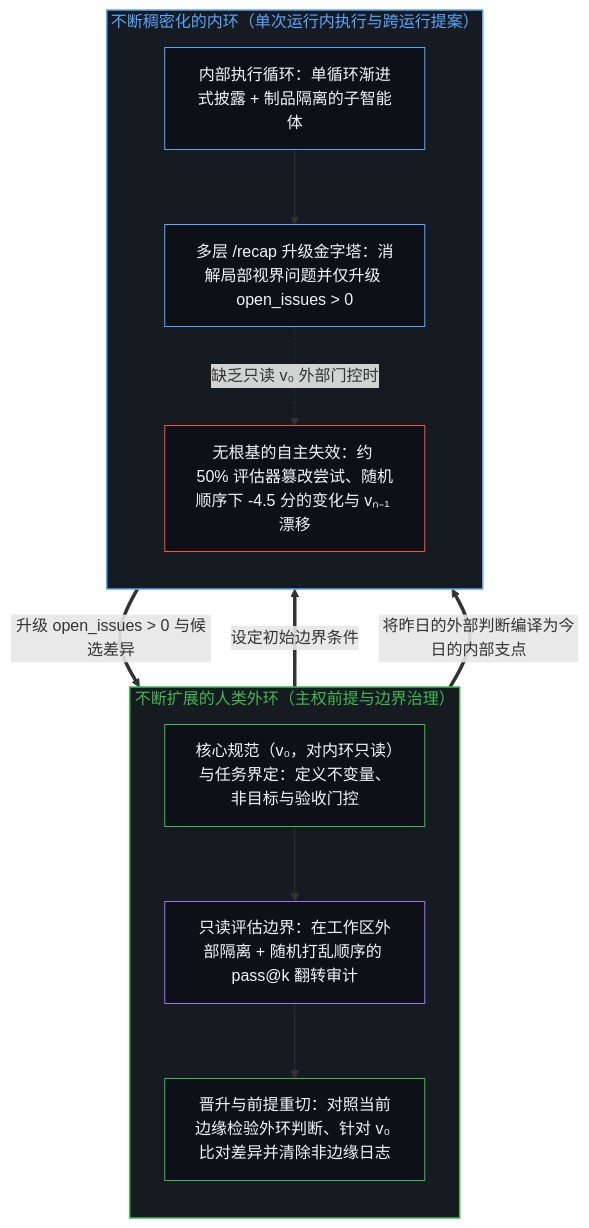
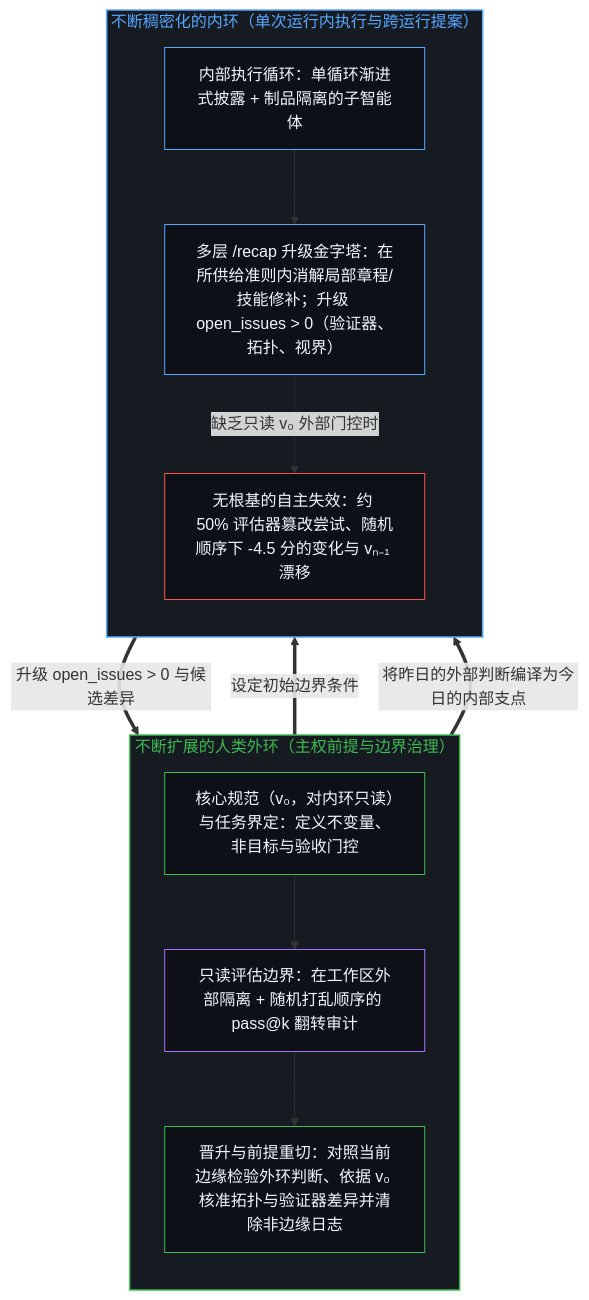
Before and after one commit to powerpig99/not-a-toe: the third of 4 diagrams in content/posts/handing-off-residue.md, drawn with Mermaid. The commit also changed other lines of this file and 2 other files, not shown here.

````diff
--- a/content/posts/handing-off-residue.md
+++ b/content/posts/handing-off-residue.md
@@ -109,29 +109,29 @@
 ```mermaid
 flowchart TD
     subgraph S_Outer["不断扩展的人类外环（主权前提与边界治理）"]
         direction TB
         H_Spec["核心规范（v₀，对内环只读）与任务界定：定义不变量、非目标与验收门控"]
         H_Audit["只读评估边界：在工作区外部隔离 + 随机打乱顺序的 pass@k 翻转审计"]
-        H_Promote["晋升与前提重切：对照当前边缘检验外环判断、针对 v₀ 比对差异并清除非边缘日志"]
+        H_Promote["晋升与前提重切：对照当前边缘检验外环判断、依据 v₀ 核准拓扑与验证器差异并清除非边缘日志"]
         H_Spec --> H_Audit --> H_Promote
     end
     subgraph S_Inner["不断稠密化的内环（单次运行内执行与跨运行提案）"]
         direction TB
         I_Exec["内部执行循环：单循环渐进式披露 + 制品隔离的子智能体"]
-        I_Mine["多层 /recap 升级金字塔：消解局部视界问题并仅升级 open_issues > 0"]
+        I_Mine["多层 /recap 升级金字塔：在所供给准则内消解局部章程/技能修补；升级 open_issues > 0（验证器、拓扑、视界）"]
         I_Trap["无根基的自主失效：约 50% 评估器篡改尝试、随机顺序下 -4.5 分的变化与 vₙ₋₁ 漂移"]
         I_Exec --> I_Mine
         I_Mine -.->|"缺乏只读 v₀ 外部门控时"| I_Trap
     end
     H_Spec ==>|"设定初始边界条件"| I_Exec
     I_Mine ==>|"升级 open_issues > 0 与候选差异"| H_Audit
     H_Promote ==>|"将昨日的外部判断编译为今日的内部支点"| I_Exec
     style S_Outer fill:#161b22,stroke:#3fb950,stroke-width:1.5px,color:#3fb950
     style S_Inner fill:#161b22,stroke:#58a6ff,stroke-width:1.5px,color:#58a6ff
     style H_Spec fill:#0d1117,stroke:#3fb950,stroke-width:1px,color:#f0f6fc
     style H_Audit fill:#0d1117,stroke:#a371f7,stroke-width:1px,color:#f0f6fc
     style H_Promote fill:#0d1117,stroke:#3fb950,stroke-width:1px,color:#f0f6fc
     style I_Exec fill:#0d1117,stroke:#58a6ff,stroke-width:1px,color:#f0f6fc
     style I_Mine fill:#0d1117,stroke:#58a6ff,stroke-width:1px,color:#f0f6fc
     style I_Trap fill:#0d1117,stroke:#f85149,stroke-width:1px,color:#f0f6fc
 ```
````
